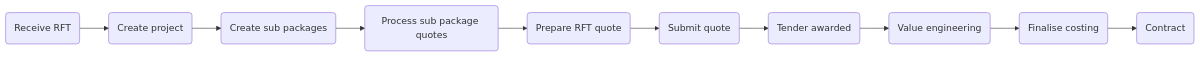
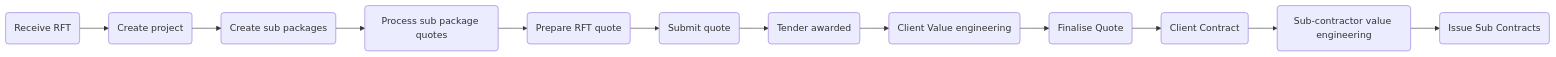
One commit to ScubaSteveInAus/BuildFlow changed the first of 3 diagrams in README.md. Above: the diagram before and after it, drawn with Mermaid.

Commit message:
Update process steps in README for clarity

````diff
--- a/README.md
+++ b/README.md
@@ -4,23 +4,27 @@
 ```mermaid
 flowchart LR
     A(Receive RFT)
     B(Create project)
     C(Create sub packages)
     D(Process sub package quotes)
     E(Prepare RFT quote)
     F(Submit quote)
     G(Tender awarded)
-    H(Value engineering)
-    I(Finalise costing)
-    J(Contract)
+    H(Client Value engineering)
+    I(Finalise Quote)
+    J(Client Contract)
+    K(Sub-contractor value engineering)
+    L(Issue Sub Contracts)
 
     A --> B
     B --> C
     C --> D
     D --> E
     E --> F
     F --> G
     G --> H
     H --> I
     I --> J
+    J --> K
+    K --> L
 ```
````
